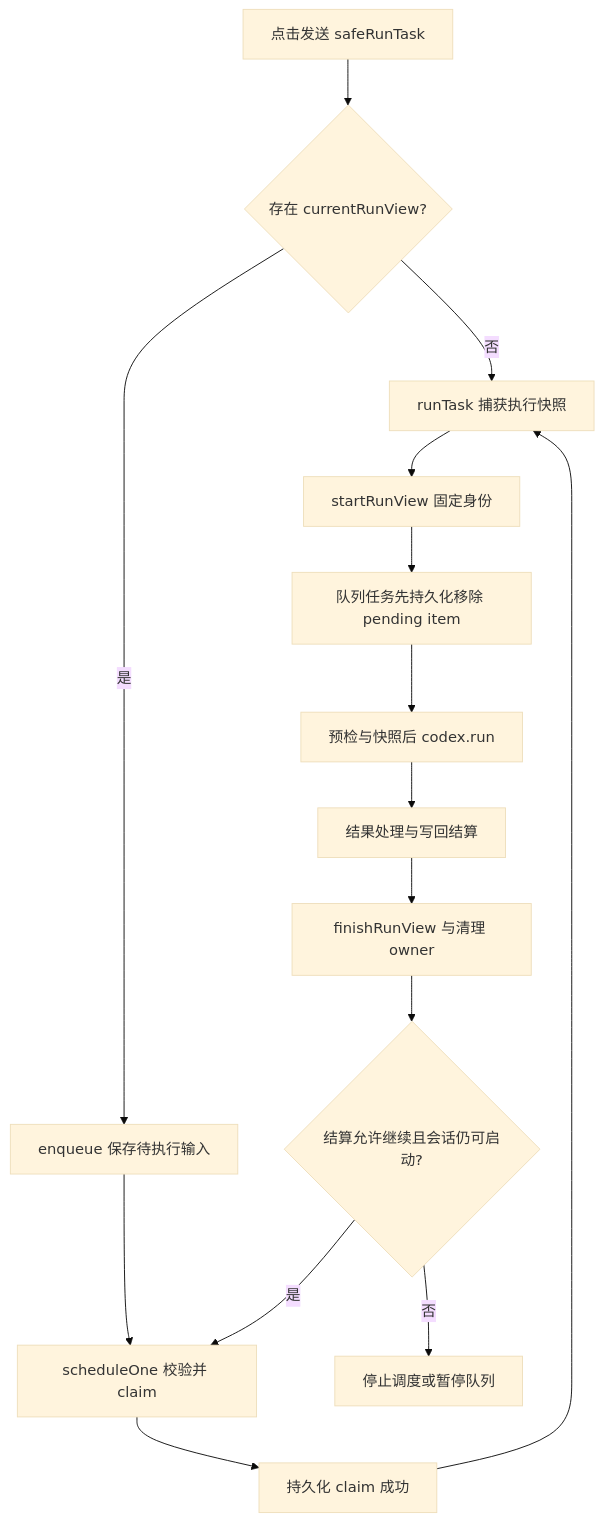
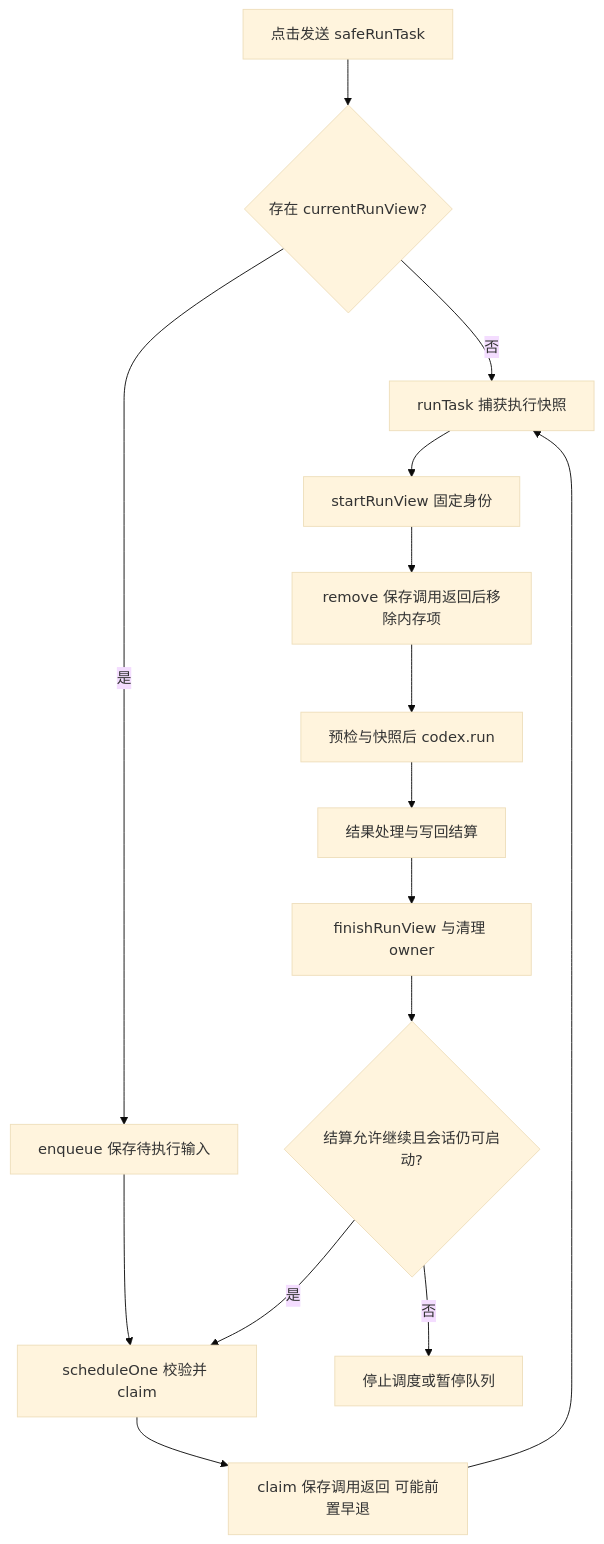
Before and after one commit to Ghqqqq/codex-overleaf-link: the diagram in docs/architecture/run-state-and-recovery.md, drawn with Mermaid (base theme). The commit also changed other lines of this file and 15 other files, not shown here.

````diff
--- a/docs/architecture/run-state-and-recovery.md
+++ b/docs/architecture/run-state-and-recovery.md
@@ -51,17 +51,17 @@
 ```mermaid
 flowchart TD
   A[点击发送 safeRunTask] --> B{存在 currentRunView?}
   B -->|否| C[runTask 捕获执行快照]
   B -->|是| Q[enqueue 保存待执行输入]
   Q --> R[scheduleOne 校验并 claim]
-  R --> S[持久化 claim 成功]
+  R --> S[claim 保存调用返回 可能前置早退]
   S --> C
   C --> V[startRunView 固定身份]
-  V --> P[队列任务先持久化移除 pending item]
+  V --> P[remove 保存调用返回后移除内存项]
   P --> N[预检与快照后 codex.run]
   N --> W[结果处理与写回结算]
   W --> T[finishRunView 与清理 owner]
   T --> U{结算允许继续且会话仍可启动?}
   U -->|是| R
   U -->|否| X[停止调度或暂停队列]
 ```
````
